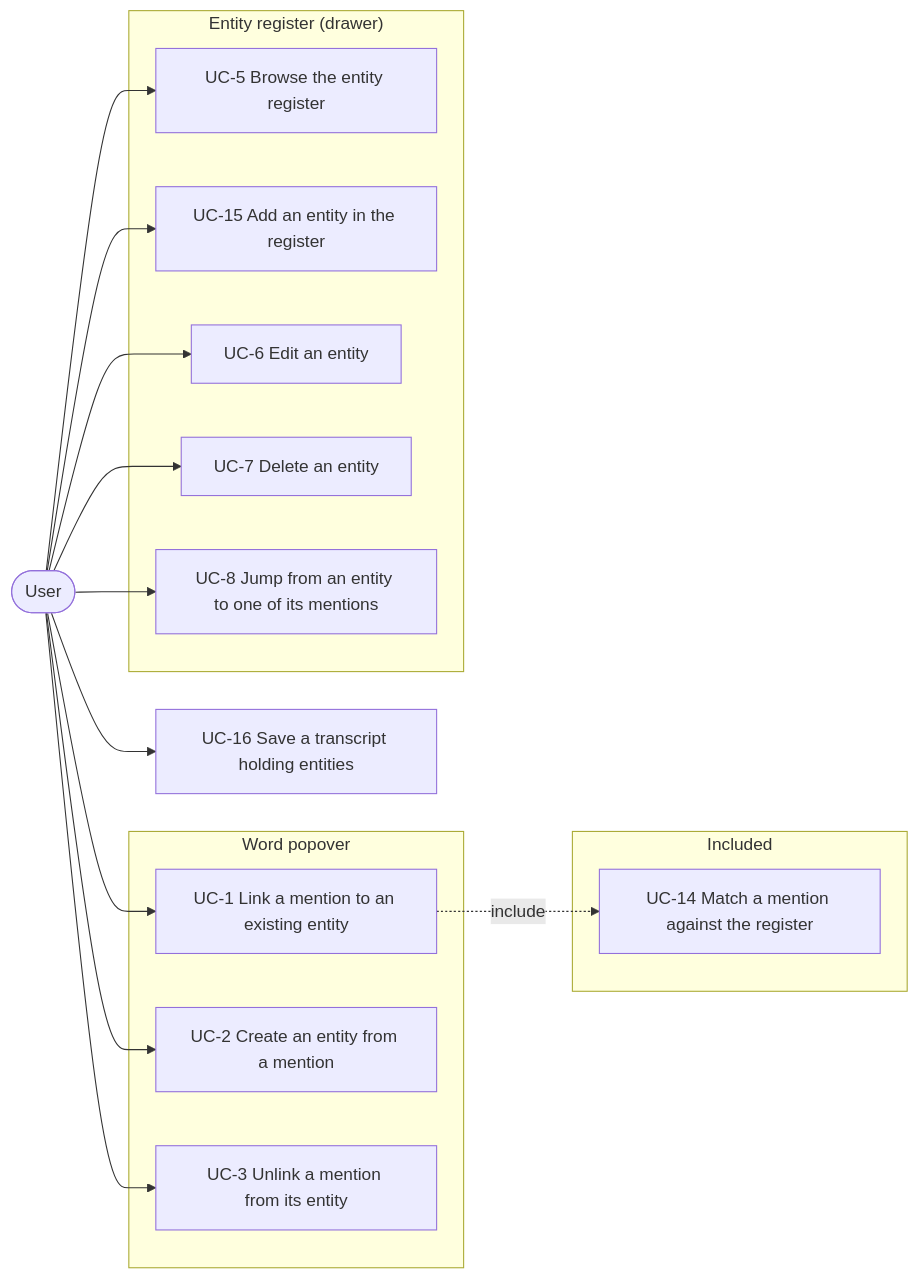
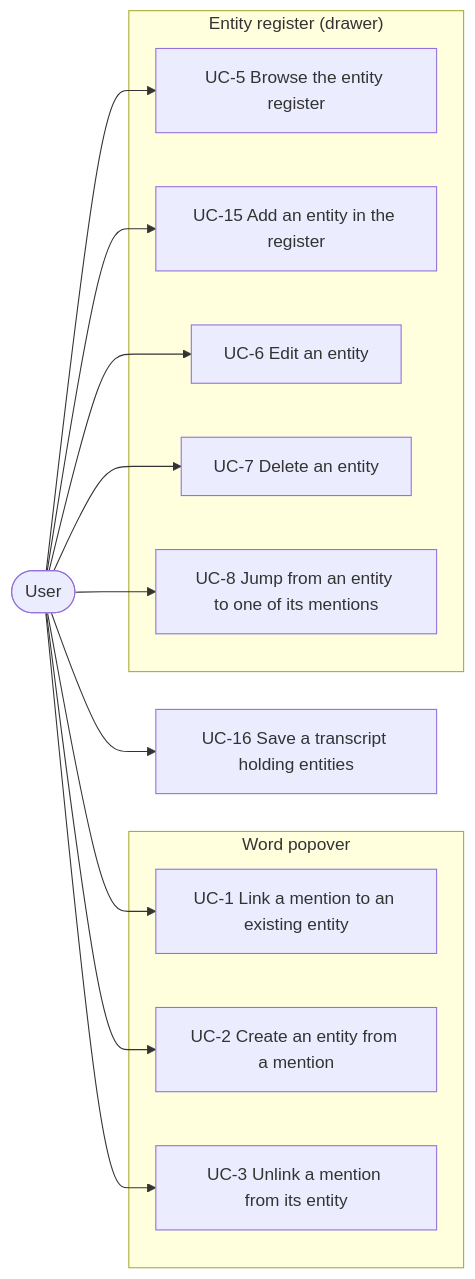
One commit to asr4memory/mmt-py changed the first of 3 diagrams in specs/2026-07-31-canonical-entities.md. Above: the diagram before and after it, drawn with Mermaid. The commit also changed other lines of this file, not shown here.

````diff
--- a/specs/2026-07-31-canonical-entities.md
+++ b/specs/2026-07-31-canonical-entities.md
@@ -121,36 +121,30 @@
 ```mermaid
 flowchart LR
   user([User])
 
   subgraph popover["Word popover"]
     uc1[UC-1 Link a mention to an existing entity]
     uc2[UC-2 Create an entity from a mention]
     uc3[UC-3 Unlink a mention from its entity]
   end
 
   subgraph register["Entity register (drawer)"]
     uc5[UC-5 Browse the entity register]
     uc15[UC-15 Add an entity in the register]
     uc6[UC-6 Edit an entity]
     uc7[UC-7 Delete an entity]
     uc8[UC-8 Jump from an entity to one of its mentions]
   end
 
-  subgraph shared["Included"]
-    uc14[UC-14 Match a mention against the register]
-  end
-
   uc16[UC-16 Save a transcript holding entities]
 
   user --> uc1
   user --> uc2
   user --> uc3
   user --> uc5
   user --> uc15
   user --> uc6
   user --> uc7
   user --> uc8
   user --> uc16
-
-  uc1 -. include .-> uc14
 ```
````
